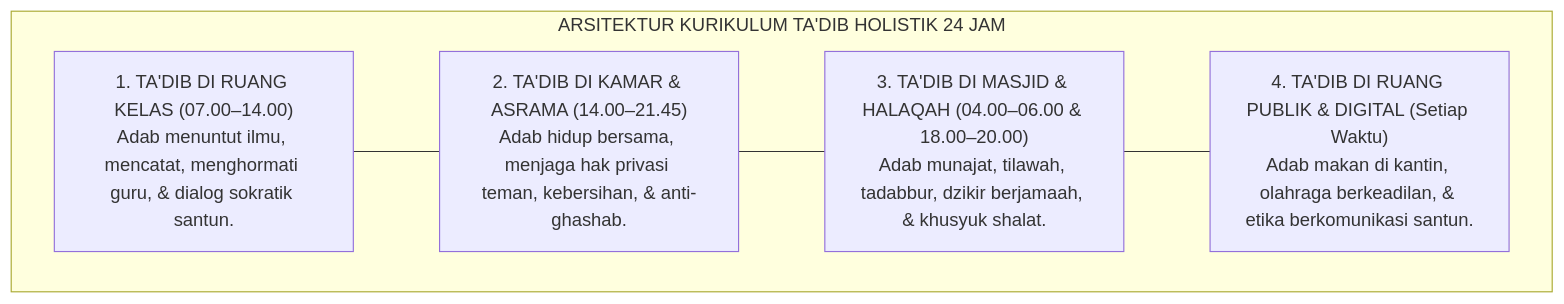
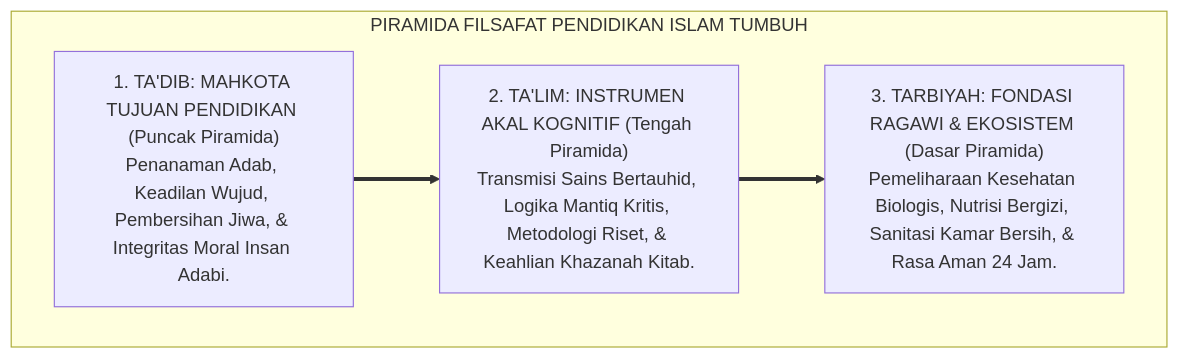
One commit to wandiapriliyandi/tumbuh changed the second of 4 diagrams in 01 Philosophy/04 Education/P1-04-01-Falsafah-Tarbiyah-Tadib-Talim.md. Above: the diagram before and after it, drawn with Mermaid. The commit also changed other lines of this file and 7 other files, not shown here.

````diff
--- a/01 Philosophy/04 Education/P1-04-01-Falsafah-Tarbiyah-Tadib-Talim.md
+++ b/01 Philosophy/04 Education/P1-04-01-Falsafah-Tarbiyah-Tadib-Talim.md
@@ -240,14 +119,13 @@
 ```mermaid
-graph TD
-    subgraph KurikulumTadib24Jam["ARSITEKTUR KURIKULUM TA'DIB HOLISTIK 24 JAM"]
-        Kelas["1. TA'DIB DI RUANG KELAS (07.00–14.00)<br/>Adab menuntut ilmu, mencatat, menghormati guru, & dialog sokratik santun."]
+flowchart TD
+    subgraph PiramidaPendidikanTUMBUH["PIRAMIDA FILSAFAT PENDIDIKAN ISLAM TUMBUH"]
         
-        Asrama["2. TA'DIB DI KAMAR & ASRAMA (14.00–21.45)<br/>Adab hidup bersama, menjaga hak privasi teman, kebersihan, & anti-ghashab."]
+        Puncak["1. TA'DIB: MAHKOTA TUJUAN PENDIDIKAN (Puncak Piramida)<br/>Penanaman Adab, Keadilan Wujud, Pembersihan Jiwa, & Integritas Moral Insan Adabi."]
         
-        Masjid["3. TA'DIB DI MASJID & HALAQAH (04.00–06.00 & 18.00–20.00)<br/>Adab munajat, tilawah, tadabbur, dzikir berjamaah, & khusyuk shalat."]
+        Tengah["2. TA'LIM: INSTRUMEN AKAL KOGNITIF (Tengah Piramida)<br/>Transmisi Sains Bertauhid, Logika Mantiq Kritis, Metodologi Riset, & Keahlian Khazanah Kitab."]
         
-        Sosial["4. TA'DIB DI RUANG PUBLIK & DIGITAL (Setiap Waktu)<br/>Adab makan di kantin, olahraga berkeadilan, & etika berkomunikasi santun."]
+        Dasar["3. TARBIYAH: FONDASI RAGAWI & EKOSISTEM (Dasar Piramida)<br/>Pemeliharaan Kesehatan Biologis, Nutrisi Bergizi, Sanitasi Kamar Bersih, & Rasa Aman 24 Jam."]
         
-        Kelas --- Asrama --- Masjid --- Sosial
+        Puncak ==> Tengah ==> Dasar
     end
 ```
````
